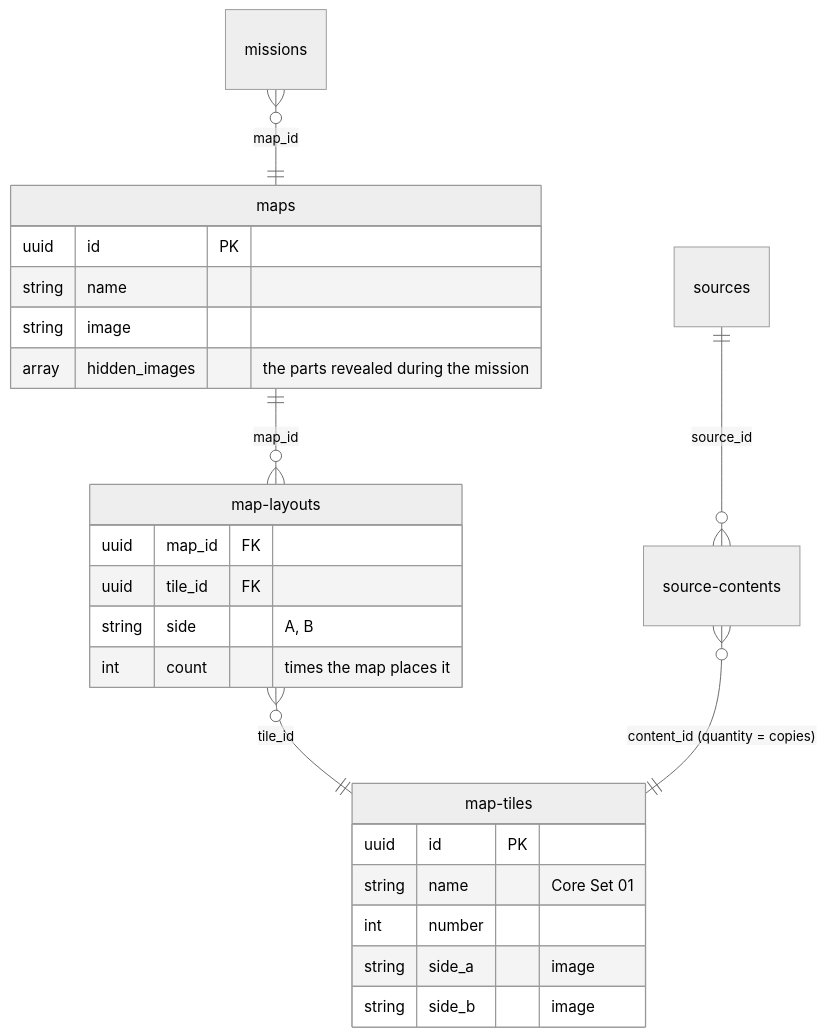
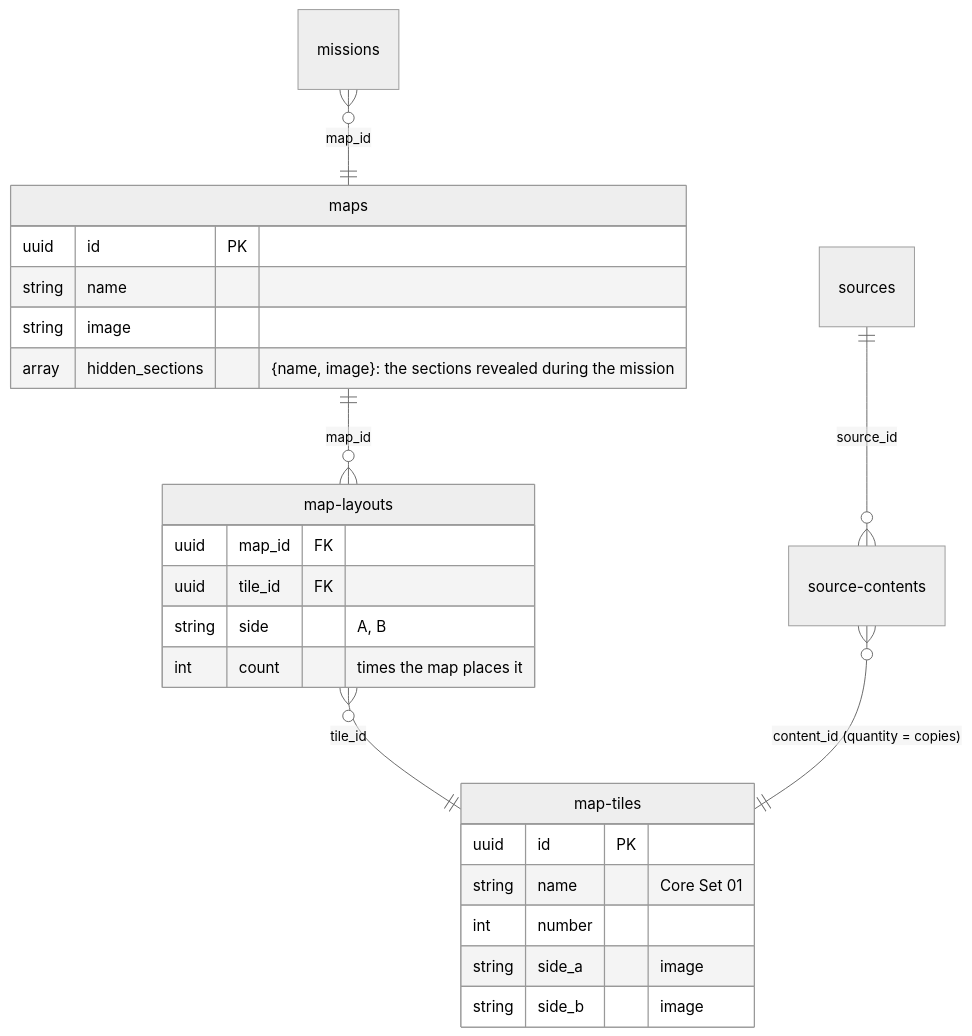
One commit to lvisintini/imperial-assault-data changed the seventh of 9 diagrams in docs/data-model.md. Above: the diagram before and after it, drawn with Mermaid (neutral theme). The commit also changed other lines of this file and 129 other files, not shown here.

First line of the commit message:
Campaign maps: named hidden sections, and the maintainer's review

````diff
--- a/docs/data-model.md
+++ b/docs/data-model.md
@@ -434,28 +435,28 @@
 ```mermaid
 erDiagram
     missions }o--|| maps : "map_id"
     maps ||--o{ map-layouts : "map_id"
     map-layouts }o--|| map-tiles : "tile_id"
     sources ||--o{ source-contents : "source_id"
     source-contents }o--|| map-tiles : "content_id (quantity = copies)"
 
     maps {
         uuid id PK
         string name
         string image
-        array hidden_images "the parts revealed during the mission"
+        array hidden_sections "{name, image}: the sections revealed during the mission"
     }
     map-tiles {
         uuid id PK
         string name "Core Set 01"
         int number
         string side_a "image"
         string side_b "image"
     }
     map-layouts {
         uuid map_id FK
         uuid tile_id FK
         string side "A, B"
         int count "times the map places it"
     }
 ```
````
